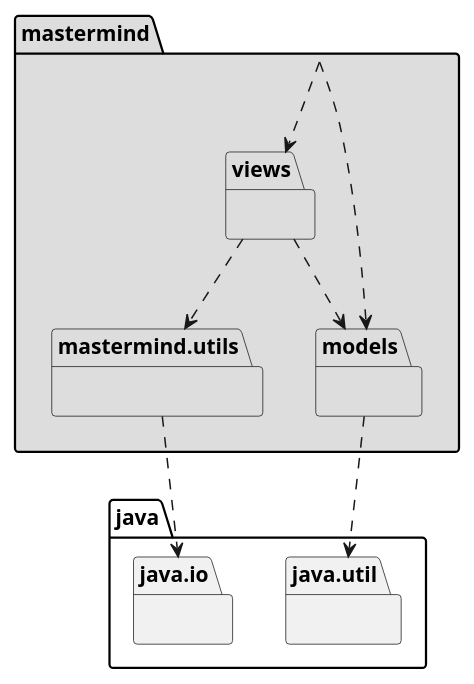
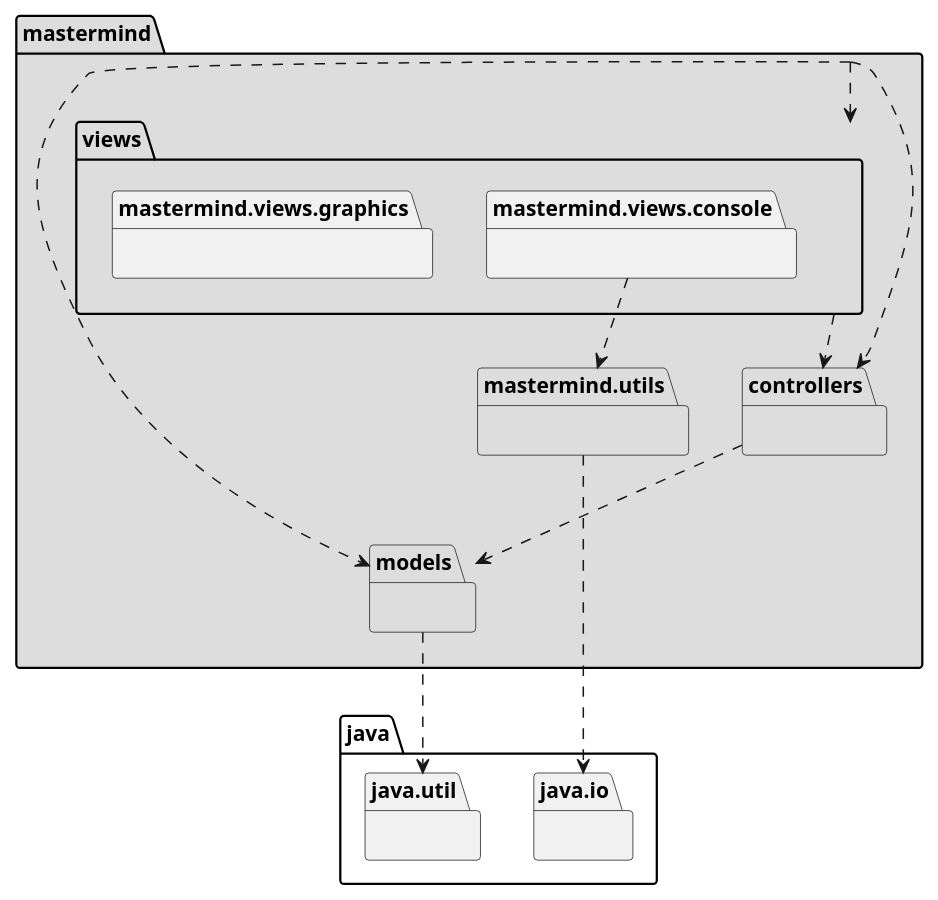
One commit to amartinm82/mastermind changed the first of 3 diagrams in docs/src/docs/asciidoc/index.adoc. Above: the diagram before and after it, drawn with PlantUML. The commit also changed other lines of this file and 93 other files, not shown here.

```diff
--- a/docs/src/docs/asciidoc/index.adoc
+++ b/docs/src/docs/asciidoc/index.adoc
@@ -35,20 +35,27 @@
 [plantuml,version2Arquitectura,svg]
 ....
 
 package mastermind #DDDDDD { } 
+mastermind .down.> mastermind.controllers
+mastermind .down.> mastermind.models
 mastermind .down.> mastermind.views
-mastermind .down.> mastermind.models
+
+package mastermind.controllers #DDDDDD { }
+mastermind.controllers .down.> mastermind.models
 
 package mastermind.models #DDDDDD { } 
 package java.util{ }
 mastermind.models .down.> java.util
 
 package mastermind.utils #DDDDDD { } 
 package java.io{ }
 mastermind.utils .down.> java.io
 
-package mastermind.views #DDDDDD { } 
-mastermind.views .down.> mastermind.models
-mastermind.views .down.> mastermind.utils
+package mastermind.views #DDDDDD {
+    package mastermind.views.console {}
+    package mastermind.views.graphics {}
+}
+mastermind.views .down.> mastermind.controllers
+mastermind.views.console .down.> mastermind.utils
 
 ....
```
